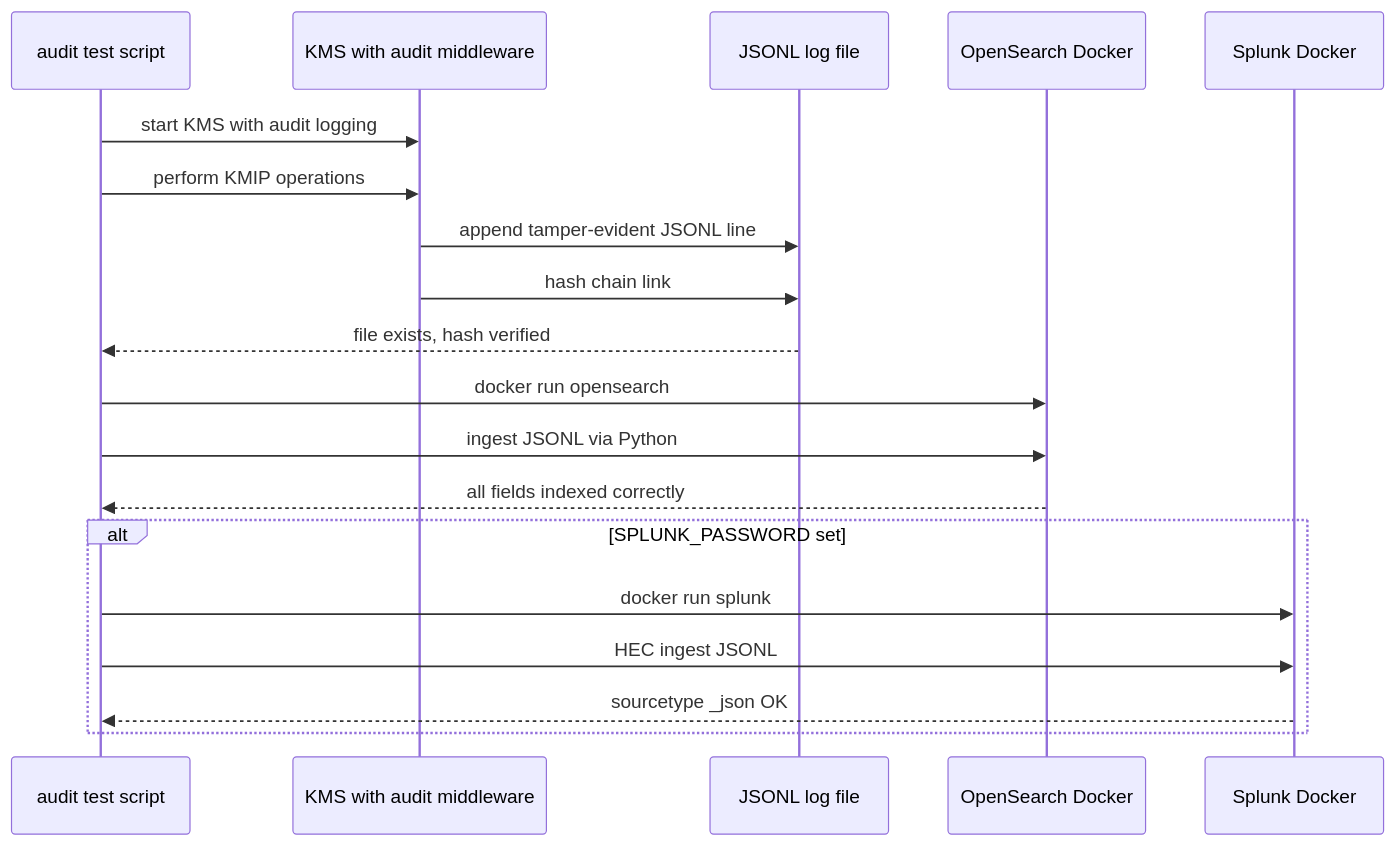
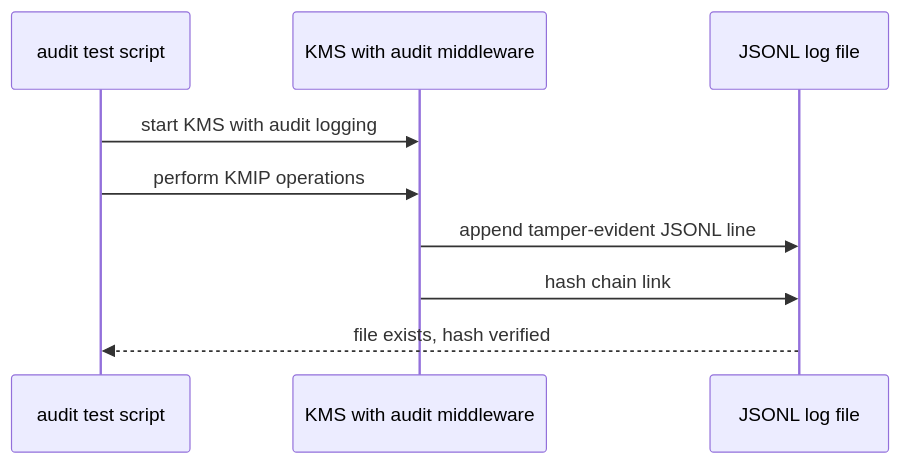
Before and after one commit to Cosmian/kms: diagram 25 of 55 in .mise/tasks/test/README.md, drawn with Mermaid. The commit also changed other lines of this file and 301 other files, not shown here.

````diff
--- a/.mise/tasks/test/README.md
+++ b/.mise/tasks/test/README.md
@@ -859,22 +842,12 @@
 ```mermaid
 sequenceDiagram
     participant Test as audit test script
     participant KMS as KMS with audit middleware
     participant JSONL as JSONL log file
-    participant OpenSearch as OpenSearch Docker
-    participant Splunk as Splunk Docker
 
     Test->>KMS: start KMS with audit logging
     Test->>KMS: perform KMIP operations
     KMS->>JSONL: append tamper-evident JSONL line
     KMS->>JSONL: hash chain link
     JSONL-->>Test: file exists, hash verified
-    Test->>OpenSearch: docker run opensearch
-    Test->>OpenSearch: ingest JSONL via Python
-    OpenSearch-->>Test: all fields indexed correctly
-    alt SPLUNK_PASSWORD set
-        Test->>Splunk: docker run splunk
-        Test->>Splunk: HEC ingest JSONL
-        Splunk-->>Test: sourcetype _json OK
-    end
 ```
````
